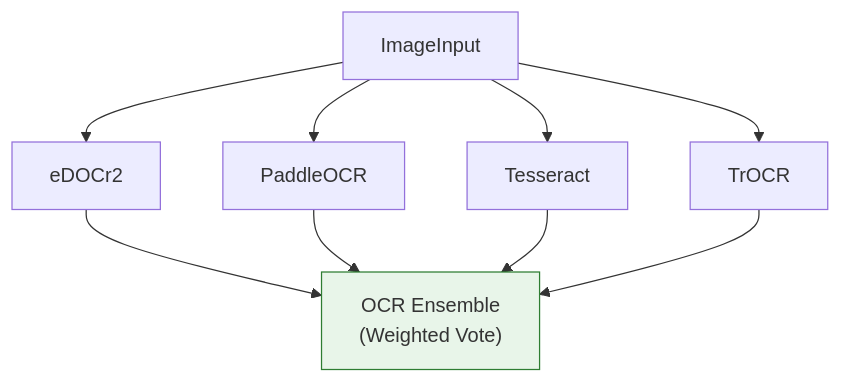
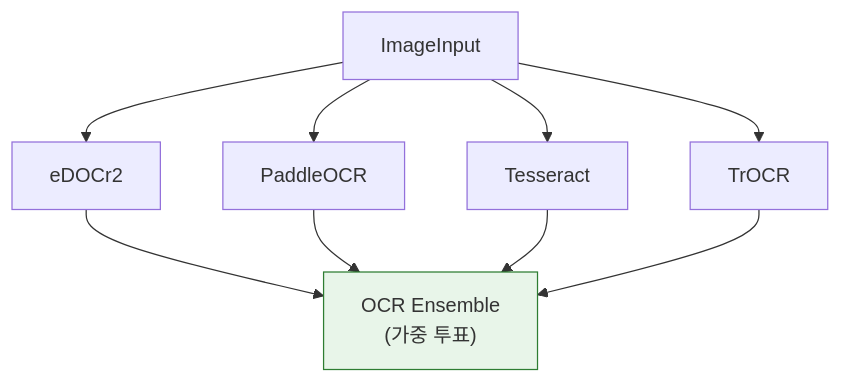
One commit to uprootai/AX_OCR changed the third of 4 diagrams in docs-site/docs/blueprintflow/templates.md. Above: the diagram before and after it, drawn with Mermaid. The commit also changed other lines of this file and 64 other files, not shown here.

````diff
--- a/docs-site/docs/blueprintflow/templates.md
+++ b/docs-site/docs/blueprintflow/templates.md
@@ -79,16 +79,16 @@
 ```mermaid
 flowchart TD
     IMG["ImageInput"]
 
     IMG --> E1["eDOCr2"]
     IMG --> E2["PaddleOCR"]
     IMG --> E3["Tesseract"]
     IMG --> E4["TrOCR"]
 
-    E1 --> ENS["OCR Ensemble\n(Weighted Vote)"]
+    E1 --> ENS["OCR Ensemble\n(가중 투표)"]
     E2 --> ENS
     E3 --> ENS
     E4 --> ENS
 
     style ENS fill:#e8f5e9,stroke:#2e7d32
 ```
````
